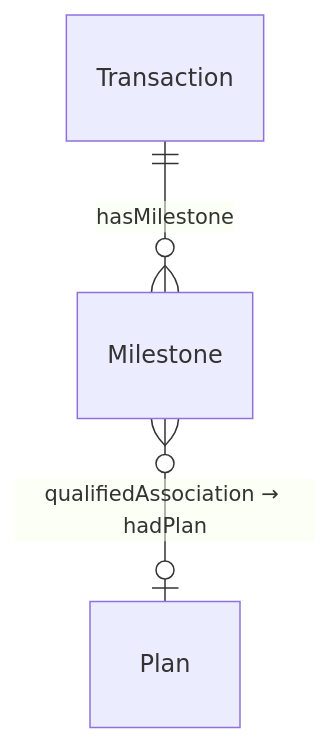
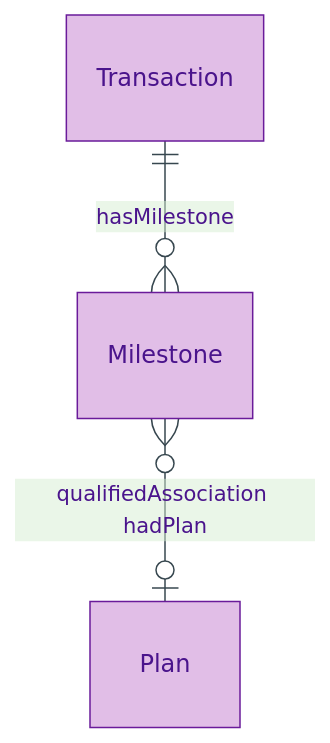
Before and after one commit to sparkling/opda: the first of 2 diagrams in docs/manual/logical/transaction/milestone.md, drawn with Mermaid. The commit also changed other lines of this file and 179 other files, not shown here.

First line of the commit message:
docs(manual): Logical-tier diagram expansion via /diagramming skill

````diff
--- a/docs/manual/logical/transaction/milestone.md
+++ b/docs/manual/logical/transaction/milestone.md
@@ -36,5 +41,9 @@
 ```mermaid
+%%{init: {"theme": "base", "themeVariables": {"primaryColor": "#E1BEE7", "primaryTextColor": "#4A148C", "primaryBorderColor": "#6A1B9A", "lineColor": "#37474F"}}}%%
 erDiagram
+    accTitle: Milestone — Entity-Relationship Diagram
+    accDescr: Direct-neighbour view of Milestone — inverse hasMilestone from Transaction with optional PROV-O qualifiedAssociation hadPlan companion.
+
     Transaction ||--o{ Milestone : "hasMilestone"
-    Milestone }o--o| Plan : "qualifiedAssociation → hadPlan"
+    Milestone }o--o| Plan : "qualifiedAssociation hadPlan"
 ```
````
